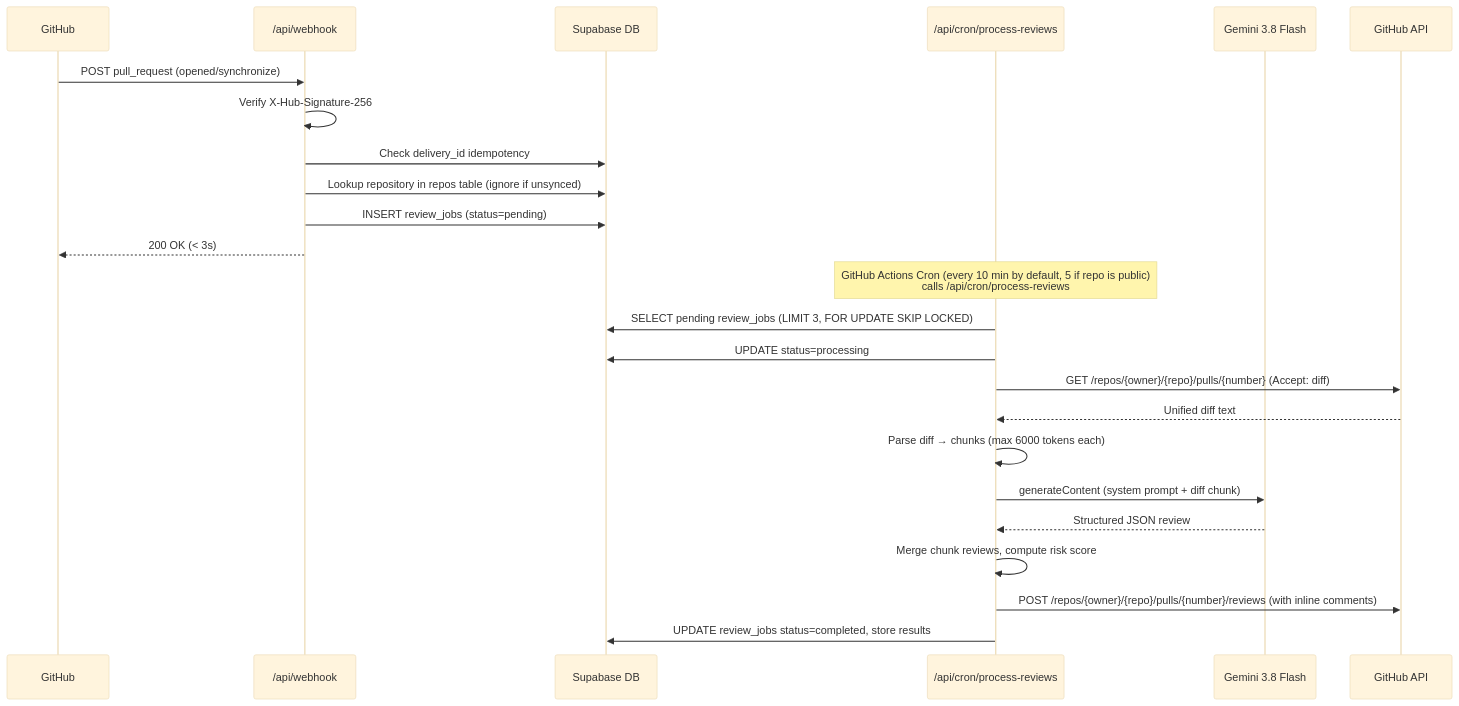
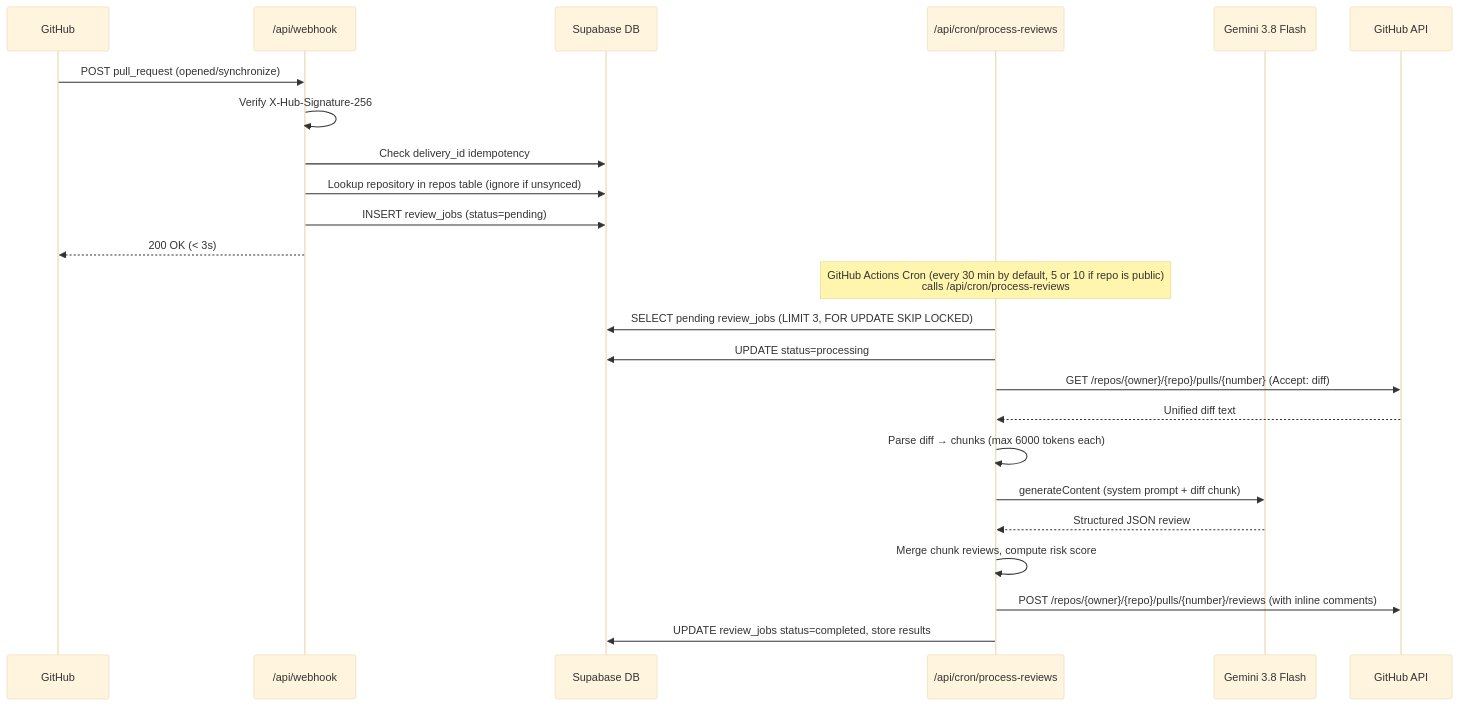
Before and after one commit to santhoshh005/PR_Pilot: the second of 2 diagrams in ARCHITECTURE.md, drawn with Mermaid (base theme). The commit also changed other lines of this file and 3 other files, not shown here.

````diff
--- a/ARCHITECTURE.md
+++ b/ARCHITECTURE.md
@@ -34,28 +34,28 @@
 ```mermaid
 sequenceDiagram
   participant GH as GitHub
   participant WH as /api/webhook
   participant DB as Supabase DB
   participant CRON as /api/cron/process-reviews
   participant AI as Gemini 3.8 Flash
   participant GHAPI as GitHub API
 
   GH->>WH: POST pull_request (opened/synchronize)
   WH->>WH: Verify X-Hub-Signature-256
   WH->>DB: Check delivery_id idempotency
   WH->>DB: Lookup repository in repos table (ignore if unsynced)
   WH->>DB: INSERT review_jobs (status=pending)
   WH-->>GH: 200 OK (< 3s)
 
-  Note over CRON: GitHub Actions Cron (every 10 min by default, 5 if repo is public)<br/>calls /api/cron/process-reviews
+  Note over CRON: GitHub Actions Cron (every 30 min by default, 5 or 10 if repo is public)<br/>calls /api/cron/process-reviews
   CRON->>DB: SELECT pending review_jobs (LIMIT 3, FOR UPDATE SKIP LOCKED)
   CRON->>DB: UPDATE status=processing
   CRON->>GHAPI: GET /repos/{owner}/{repo}/pulls/{number} (Accept: diff)
   GHAPI-->>CRON: Unified diff text
   CRON->>CRON: Parse diff → chunks (max 6000 tokens each)
   CRON->>AI: generateContent (system prompt + diff chunk)
   AI-->>CRON: Structured JSON review
   CRON->>CRON: Merge chunk reviews, compute risk score
   CRON->>GHAPI: POST /repos/{owner}/{repo}/pulls/{number}/reviews (with inline comments)
   CRON->>DB: UPDATE review_jobs status=completed, store results
 ```
````
